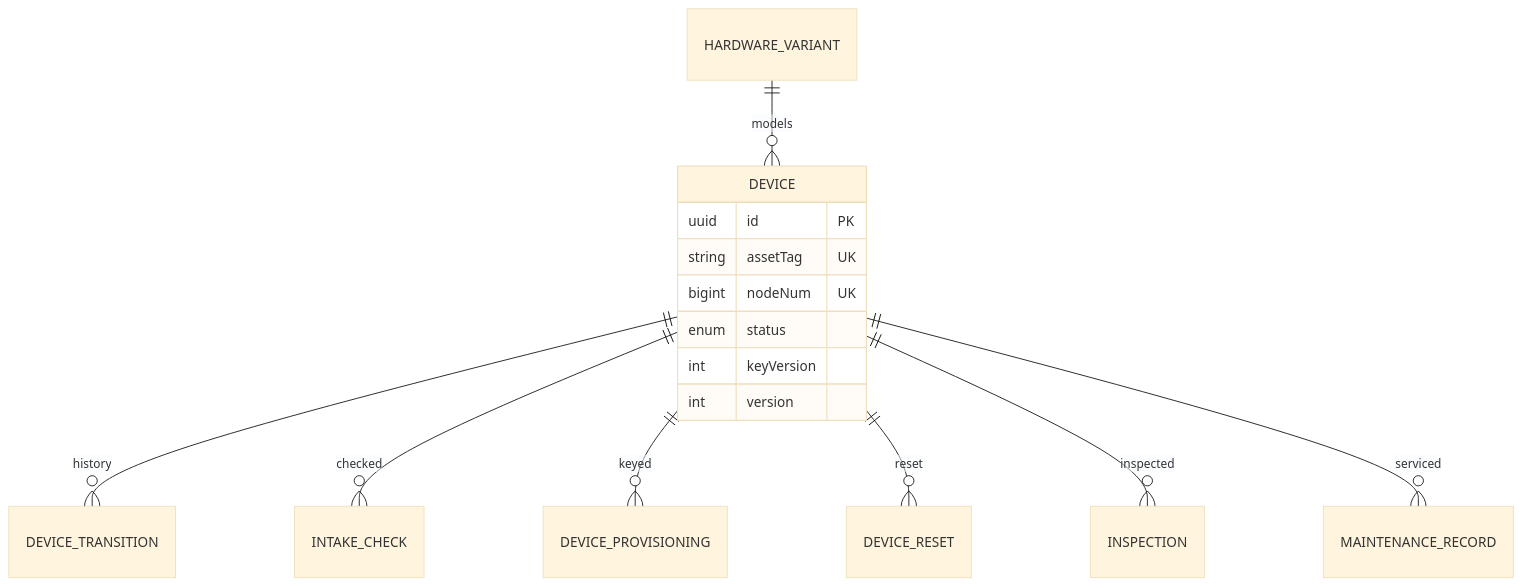
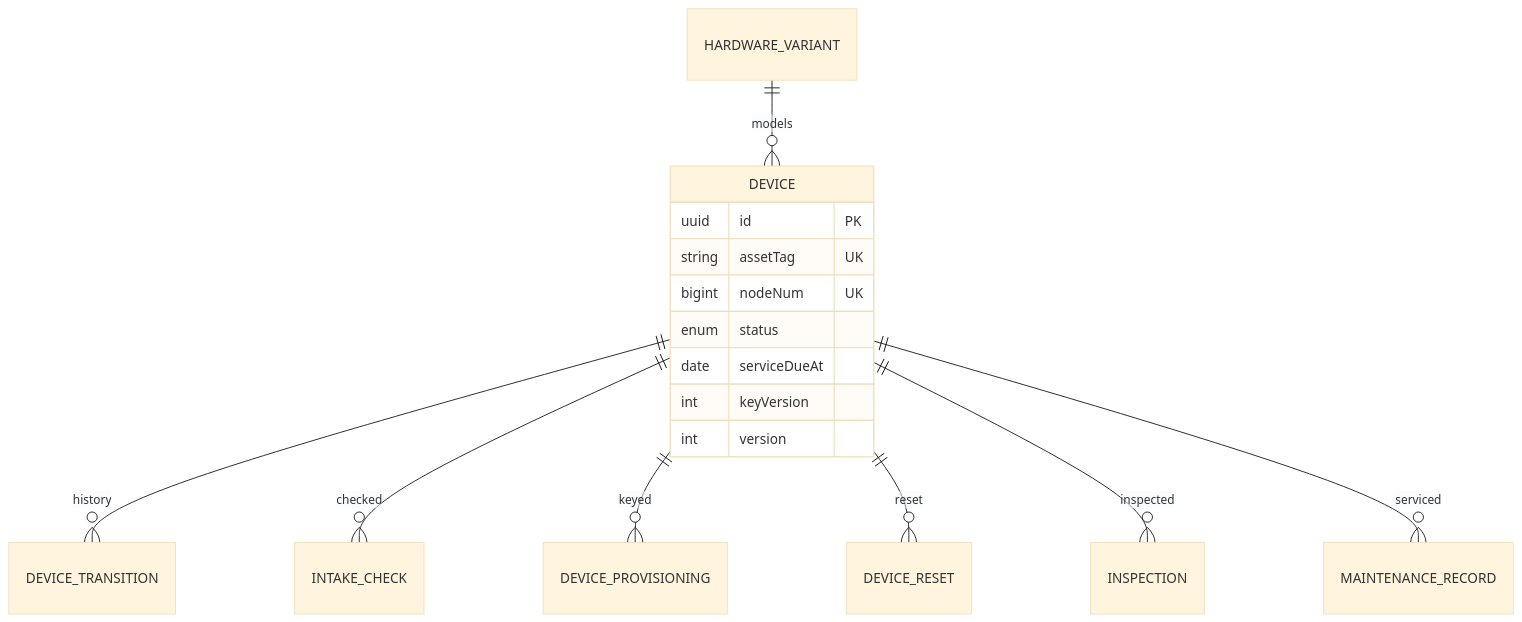
The first of 18 diagrams in specs/devices/design.md (TrekLink-Team/treklink-web), drawn with Mermaid (base theme) before and after one commit. The commit also changed other lines of this file and 39 other files, not shown here.

First line of the commit message:
docs: design periodic maintenance (D-047) and apply the SDD sequence conventions

````diff
--- a/specs/devices/design.md
+++ b/specs/devices/design.md
@@ -10,18 +10,19 @@
 ```mermaid
 erDiagram
     HARDWARE_VARIANT ||--o{ DEVICE : "models"
     DEVICE ||--o{ DEVICE_TRANSITION : "history"
     DEVICE ||--o{ INTAKE_CHECK : "checked"
     DEVICE ||--o{ DEVICE_PROVISIONING : "keyed"
     DEVICE ||--o{ DEVICE_RESET : "reset"
     DEVICE ||--o{ INSPECTION : "inspected"
     DEVICE ||--o{ MAINTENANCE_RECORD : "serviced"
     DEVICE {
         uuid id PK
         string assetTag UK
         bigint nodeNum UK
         enum status
+        date serviceDueAt
         int keyVersion
         int version
     }
 ```
````
